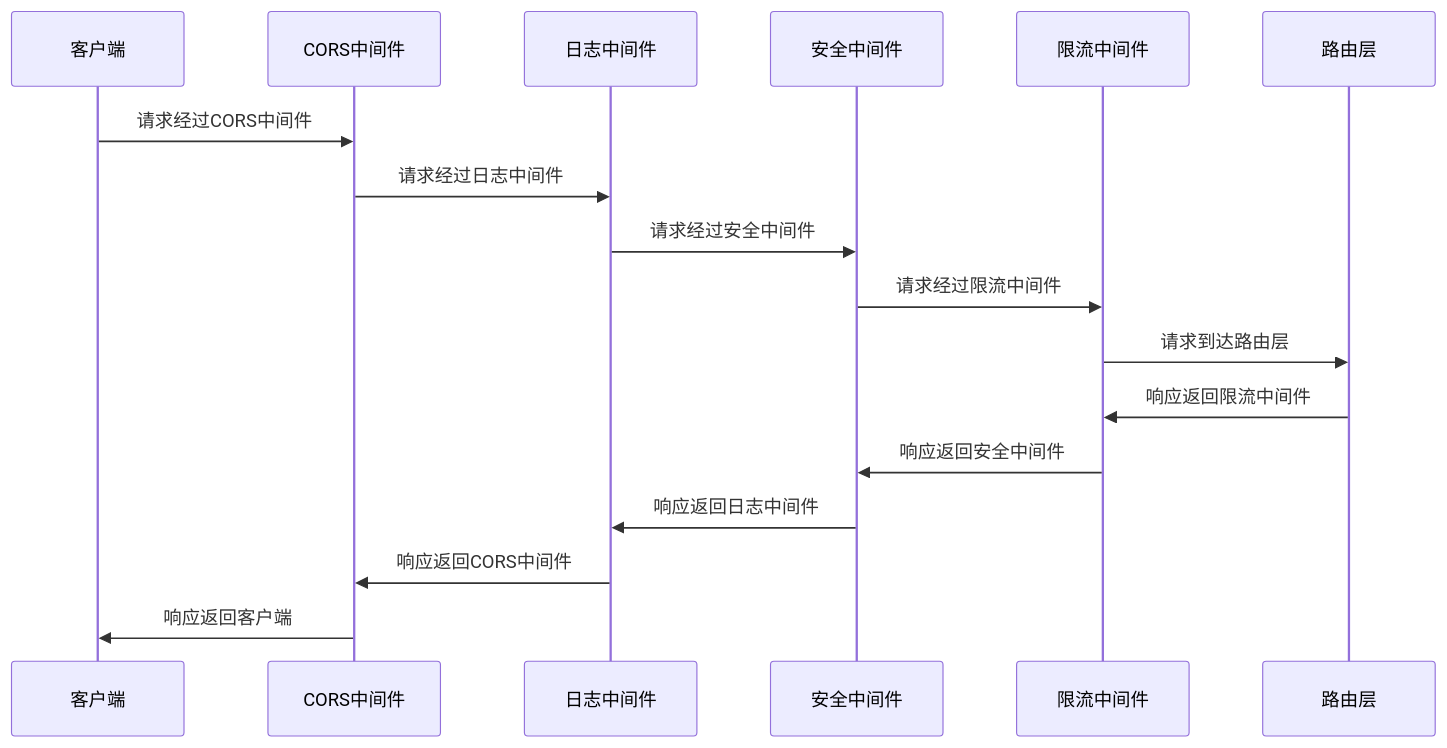
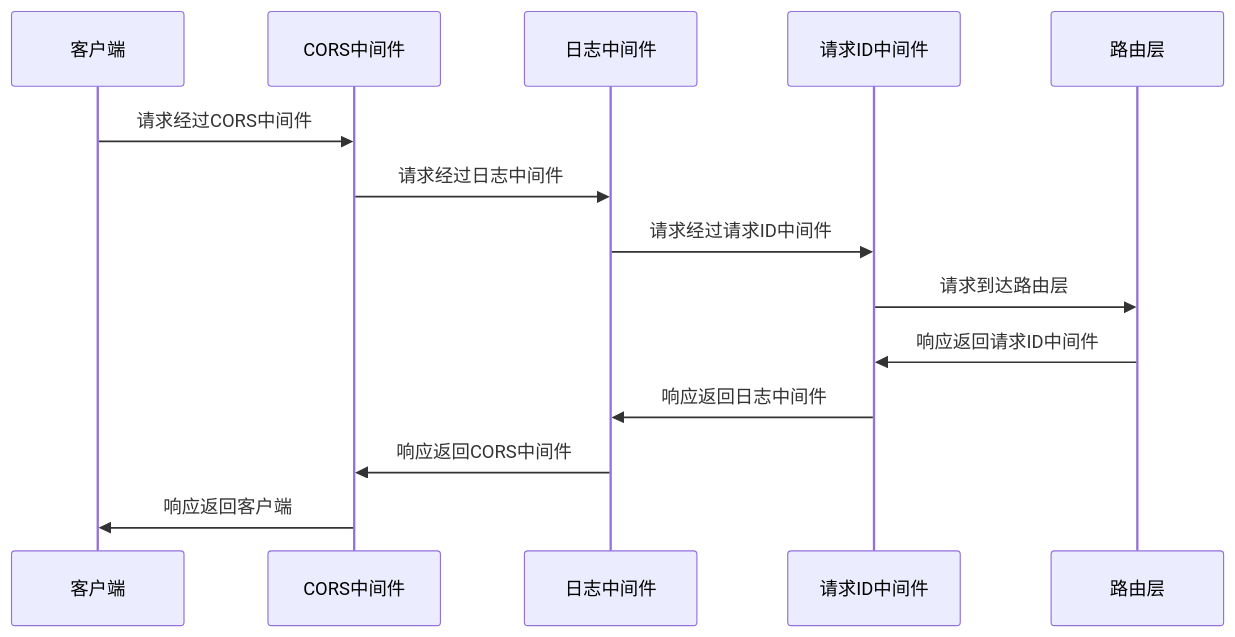
Diagram 16 of 24 in docs/design/architecture_guide.md (amuqiao/fastapi-enterprise-framework-template), drawn with Mermaid before and after one commit. The commit also changed other lines of this file, not shown here.

````diff
--- a/docs/design/architecture_guide.md
+++ b/docs/design/architecture_guide.md
@@ -1109,20 +1099,17 @@
 ```mermaid
 sequenceDiagram
     participant Client as 客户端
     participant CORS as CORS中间件
     participant Logging as 日志中间件
-    participant Security as 安全中间件
-    participant RateLimit as 限流中间件
+    participant RequestID as 请求ID中间件
     participant Router as 路由层
     
     Client->>CORS: 请求经过CORS中间件
     CORS->>Logging: 请求经过日志中间件
-    Logging->>Security: 请求经过安全中间件
-    Security->>RateLimit: 请求经过限流中间件
-    RateLimit->>Router: 请求到达路由层
-    Router->>RateLimit: 响应返回限流中间件
-    RateLimit->>Security: 响应返回安全中间件
-    Security->>Logging: 响应返回日志中间件
+    Logging->>RequestID: 请求经过请求ID中间件
+    RequestID->>Router: 请求到达路由层
+    Router->>RequestID: 响应返回请求ID中间件
+    RequestID->>Logging: 响应返回日志中间件
     Logging->>CORS: 响应返回CORS中间件
     CORS->>Client: 响应返回客户端
 ```
````
